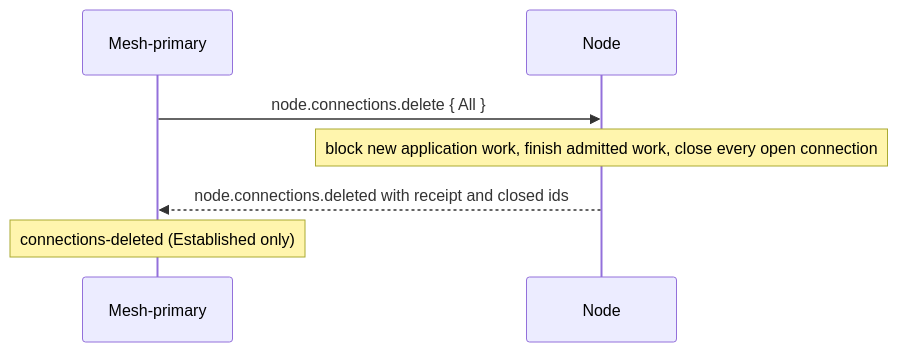
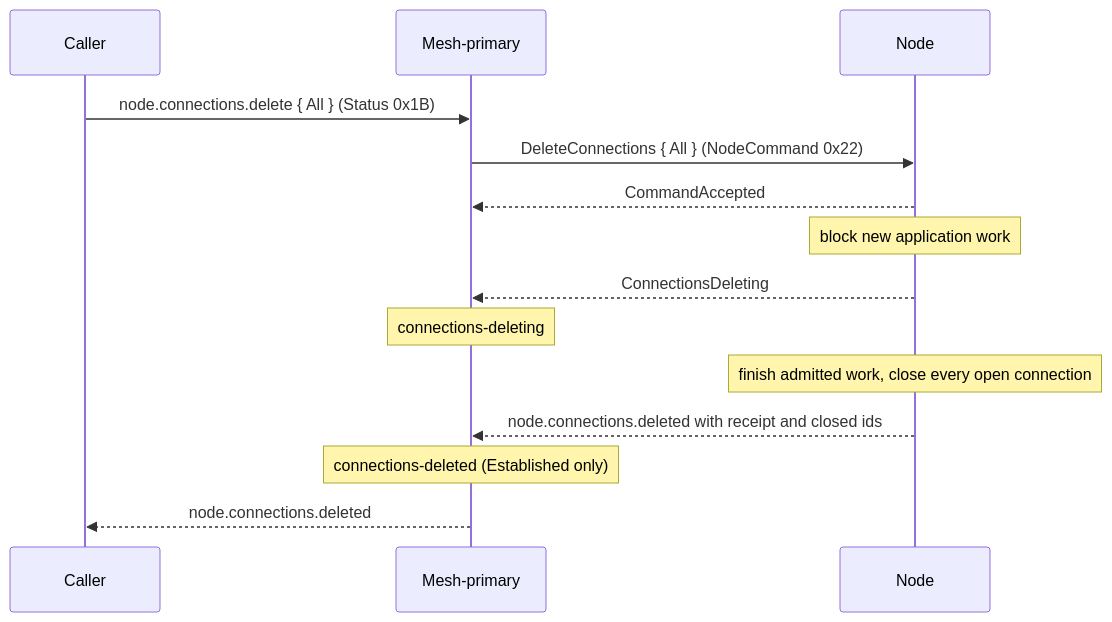
One commit to drlukeangel/rust-distributed-mesh changed the diagram in docs/architecture/lifecycles/node-connections-delete.md. Above: the diagram before and after it, drawn with Mermaid. The commit also changed other lines of this file and 5 other files, not shown here.

First line of the commit message:
docs(architecture),mesh-audit(i144.e2b): node.connections.delete's two hops and NodeCommand 0x22 on the pages; the 0x22 reseal is a lock ratchet

````diff
--- a/docs/architecture/lifecycles/node-connections-delete.md
+++ b/docs/architecture/lifecycles/node-connections-delete.md
@@ -90,9 +92,16 @@
 ```mermaid
 sequenceDiagram
+    participant C as Caller
     participant M as Mesh-primary
     participant N as Node
-    M->>N: node.connections.delete { All }
-    Note over N: block new application work, finish admitted work, close every open connection
+    C->>M: node.connections.delete { All } (Status 0x1B)
+    M->>N: DeleteConnections { All } (NodeCommand 0x22)
+    N-->>M: CommandAccepted
+    Note over N: block new application work
+    N-->>M: ConnectionsDeleting
+    Note over M: connections-deleting
+    Note over N: finish admitted work, close every open connection
     N-->>M: node.connections.deleted with receipt and closed ids
     Note over M: connections-deleted (Established only)
+    M-->>C: node.connections.deleted
 ```
````
